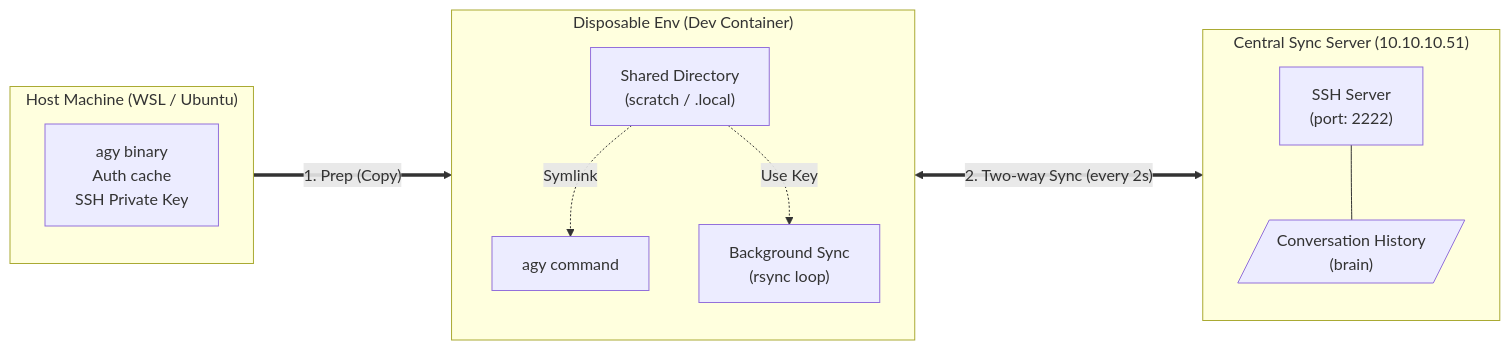
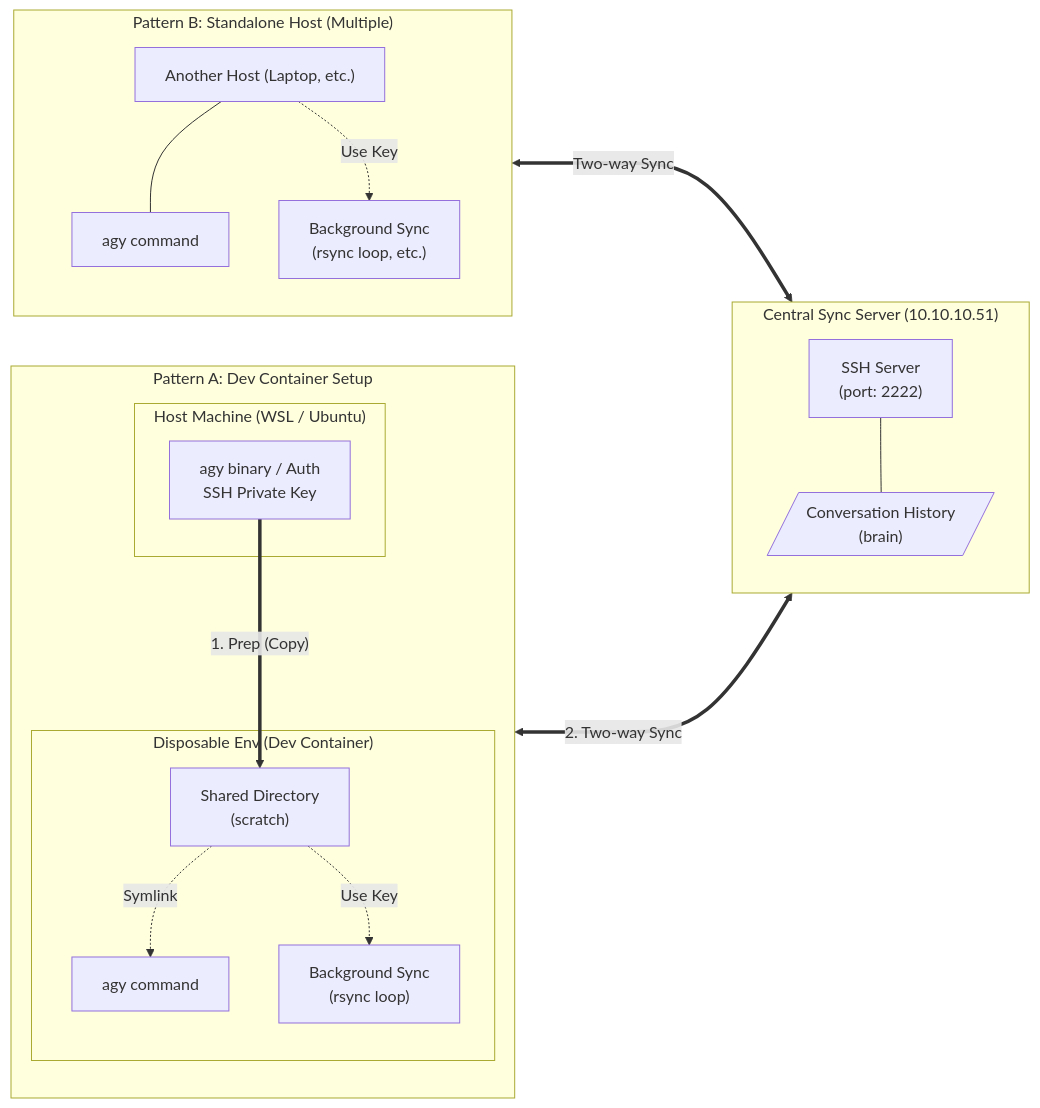
The diagram in README.md (dice-2004/agy-cli-sync), drawn with Mermaid before and after one commit.

````diff
--- a/README.md
+++ b/README.md
@@ -100,27 +100,39 @@
 ```mermaid
 flowchart LR
-    subgraph Host["Host Machine (WSL / Ubuntu)"]
+    subgraph ClientA["Pattern A: Dev Container Setup"]
         direction TB
-        OriginalAgy["agy binary\nAuth cache\nSSH Private Key"]
+        subgraph Host["Host Machine (WSL / Ubuntu)"]
+            OriginalAgy["agy binary / Auth\nSSH Private Key"]
+        end
+
+        subgraph DevContainer["Disposable Env (Dev Container)"]
+            SharedDir["Shared Directory\n(scratch)"]
+            AgyCmdA["agy command"]
+            SyncScriptA["Background Sync\n(rsync loop)"]
+            
+            SharedDir -. Symlink .-> AgyCmdA
+            SharedDir -. Use Key .-> SyncScriptA
+        end
+        OriginalAgy == "1. Prep (Copy)" ===> SharedDir
     end
 
-    subgraph DevContainer["Disposable Env (Dev Container)"]
+    subgraph ClientB["Pattern B: Standalone Host (Multiple)"]
         direction TB
-        SharedDir["Shared Directory\n(scratch / .local)"]
-        AgyCmd["agy command"]
-        SyncScript["Background Sync\n(rsync loop)"]
+        HostB["Another Host (Laptop, etc.)"]
+        AgyCmdB["agy command"]
+        SyncScriptB["Background Sync\n(rsync loop, etc.)"]
         
-        SharedDir -. Symlink .-> AgyCmd
-        SharedDir -. Use Key .-> SyncScript
+        HostB --- AgyCmdB
+        HostB -. Use Key .-> SyncScriptB
     end
 
     subgraph CentralServer["Central Sync Server (10.10.10.51)"]
         direction TB
         SSHD["SSH Server\n(port: 2222)"]
         BrainData[/"Conversation History\n(brain)"/]
         SSHD --- BrainData
     end
 
-    OriginalAgy == "1. Prep (Copy)" ===> SharedDir
-    SyncScript <== "2. Two-way Sync (every 2s)" ===> SSHD
+    SyncScriptA <== "2. Two-way Sync" ===> SSHD
+    SyncScriptB <== "Two-way Sync" ===> SSHD
 ```
````
